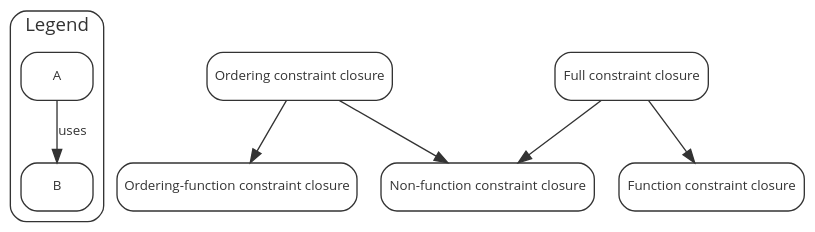
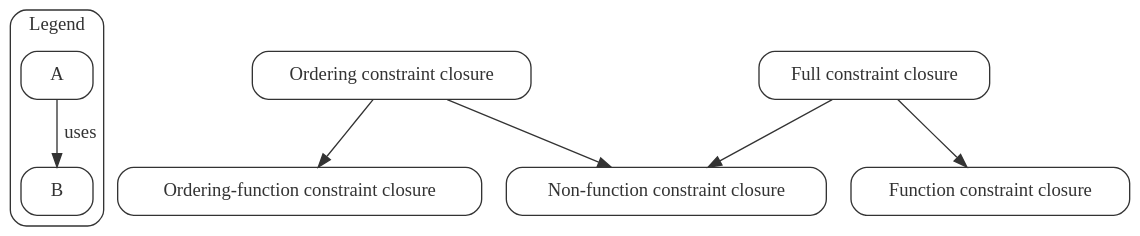
Before and after one commit to JHU-PL-Lab/whayrf: the second of 2 diagrams in docs/implementation-notes.org, drawn with Graphviz. The commit also changed other lines of this file and 2 other files, not shown here.

Commit message:
Change typography in Implementation notes

```diff
--- a/docs/implementation-notes.org
+++ b/docs/implementation-notes.org
@@ -87,47 +87,47 @@
    #+BEGIN_SRC dot :file images/constraint-closure-dependency-graph.png :exports results
      digraph constraint_closure_dependency_graph {
 
        ////////////////
        // Typography //
        ////////////////
 
-       fontname = "Open Sans";
-       node [fontname = "Open Sans", fontsize = 10];
-       edge [fontname = "Open Sans", fontsize = 10];
+       fontname = "Open Sans Bold";
+       node [fontname = "Open Sans Bold", fontsize = 14];
+       edge [fontname = "Open Sans Bold", fontsize = 14];
 
        //////////////////
        // Colorschemes //
        //////////////////
 
        // Plain black-on-white.
 
        bgcolor = transparent;
        color = "#333333";
        fontcolor = "#333333";
        node [color = "#333333", fontcolor = "#333333"];
        edge [color = "#333333", fontcolor = "#333333"];
 
        ///////////////
        // Box style //
        ///////////////
 
        style = "rounded";
        node [shape = box, style = "rounded"];
 
        ///////////
        // Graph //
        ///////////
 
        subgraph cluster_legend {
          label = "Legend";
 
          "A" -> "B" [label = " uses"];
        }
 
        "Ordering constraint closure" -> "Non-function constraint closure";
        "Ordering constraint closure" -> "Ordering-function constraint closure";
 
        "Full constraint closure" -> "Non-function constraint closure";
        "Full constraint closure" -> "Function constraint closure";
      }
    #+END_SRC
```
